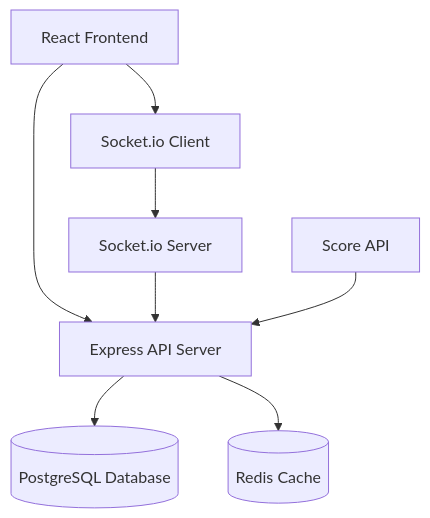
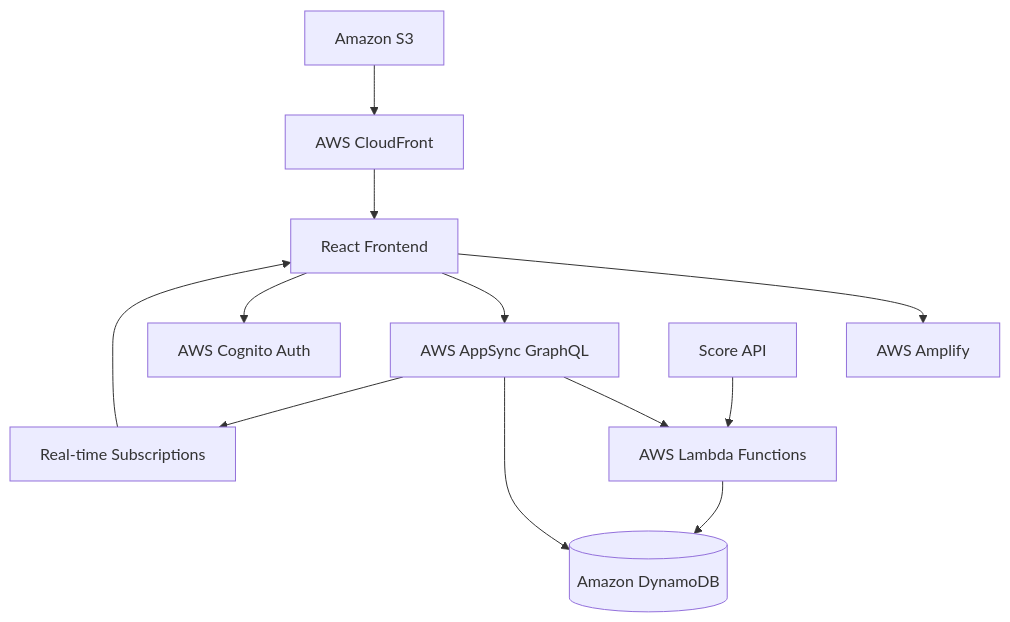
Before and after one commit to chauck1118/squares-board: the diagram in .kiro/specs/march-madness-squares/design.md, drawn with Mermaid. The commit also changed other lines of this file and 21 other files, not shown here.

````diff
--- a/.kiro/specs/march-madness-squares/design.md
+++ b/.kiro/specs/march-madness-squares/design.md
@@ -39,10 +44,14 @@
 ```mermaid
 graph TB
-    Client[React Frontend] --> API[Express API Server]
-    Client --> Socket[Socket.io Client]
-    API --> DB[(PostgreSQL Database)]
-    API --> Cache[(Redis Cache)]
-    Socket --> SocketServer[Socket.io Server]
-    SocketServer --> API
-    External[Score API] --> API
+    Client[React Frontend] --> Amplify[AWS Amplify]
+    Client --> AppSync[AWS AppSync GraphQL]
+    Client --> Cognito[AWS Cognito Auth]
+    AppSync --> Lambda[AWS Lambda Functions]
+    AppSync --> DynamoDB[(Amazon DynamoDB)]
+    Lambda --> DynamoDB
+    AppSync --> Subscriptions[Real-time Subscriptions]
+    Subscriptions --> Client
+    External[Score API] --> Lambda
+    S3[Amazon S3] --> CloudFront[AWS CloudFront]
+    CloudFront --> Client
 ```
````
